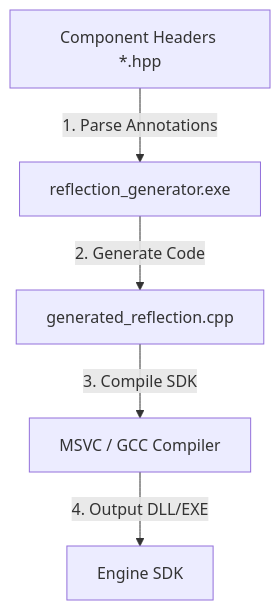
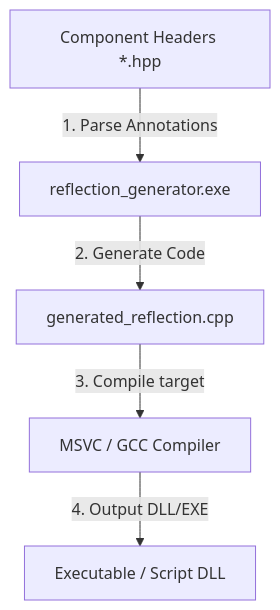
Before and after one commit to tristepin222/Cpp-GameEngine-Prototype: the first of 2 diagrams in docs/reflection_system.md, drawn with Mermaid. The commit also changed other lines of this file, not shown here.

````diff
--- a/docs/reflection_system.md
+++ b/docs/reflection_system.md
@@ -46,7 +51,7 @@
 ```mermaid
 graph TD
     Source[Component Headers *.hpp] -->|1. Parse Annotations| Parser[reflection_generator.exe]
     Parser -->|2. Generate Code| GenCpp[generated_reflection.cpp]
-    GenCpp -->|3. Compile SDK| Compiler[MSVC / GCC Compiler]
-    Compiler -->|4. Output DLL/EXE| SDK[Engine SDK]
+    GenCpp -->|3. Compile target| Compiler[MSVC / GCC Compiler]
+    Compiler -->|4. Output DLL/EXE| Target[Executable / Script DLL]
 ```
````
